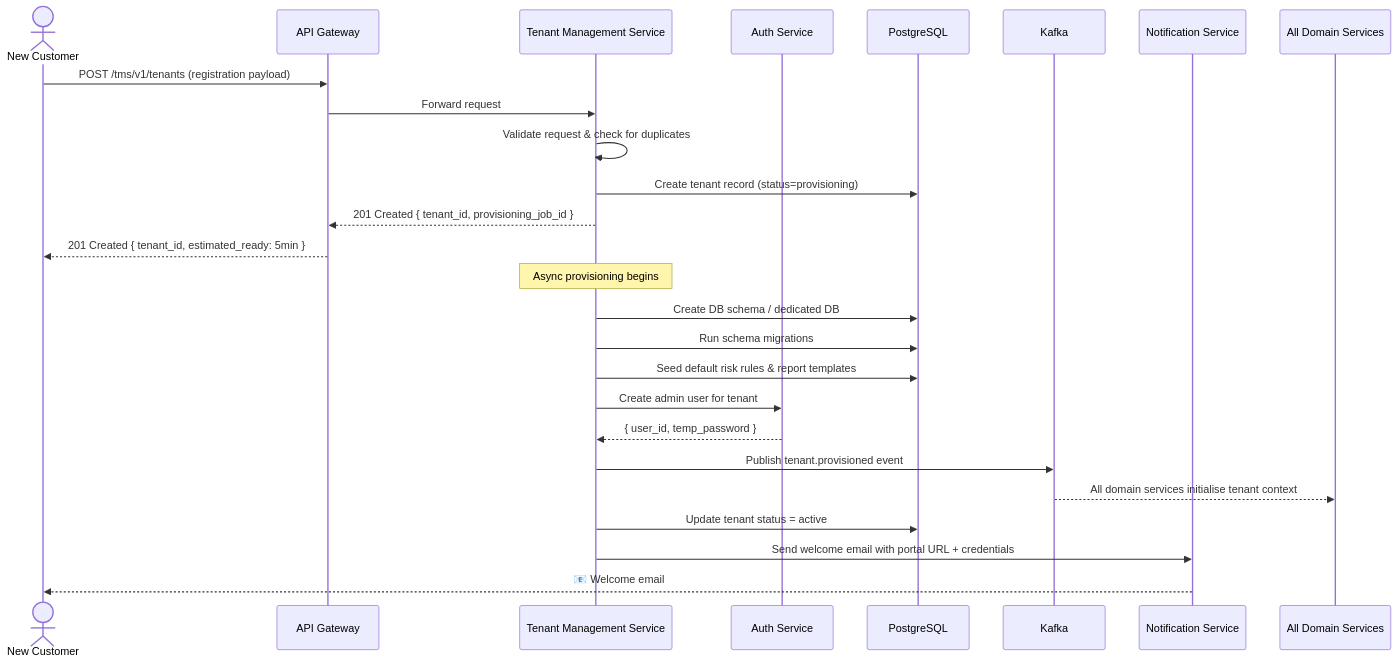
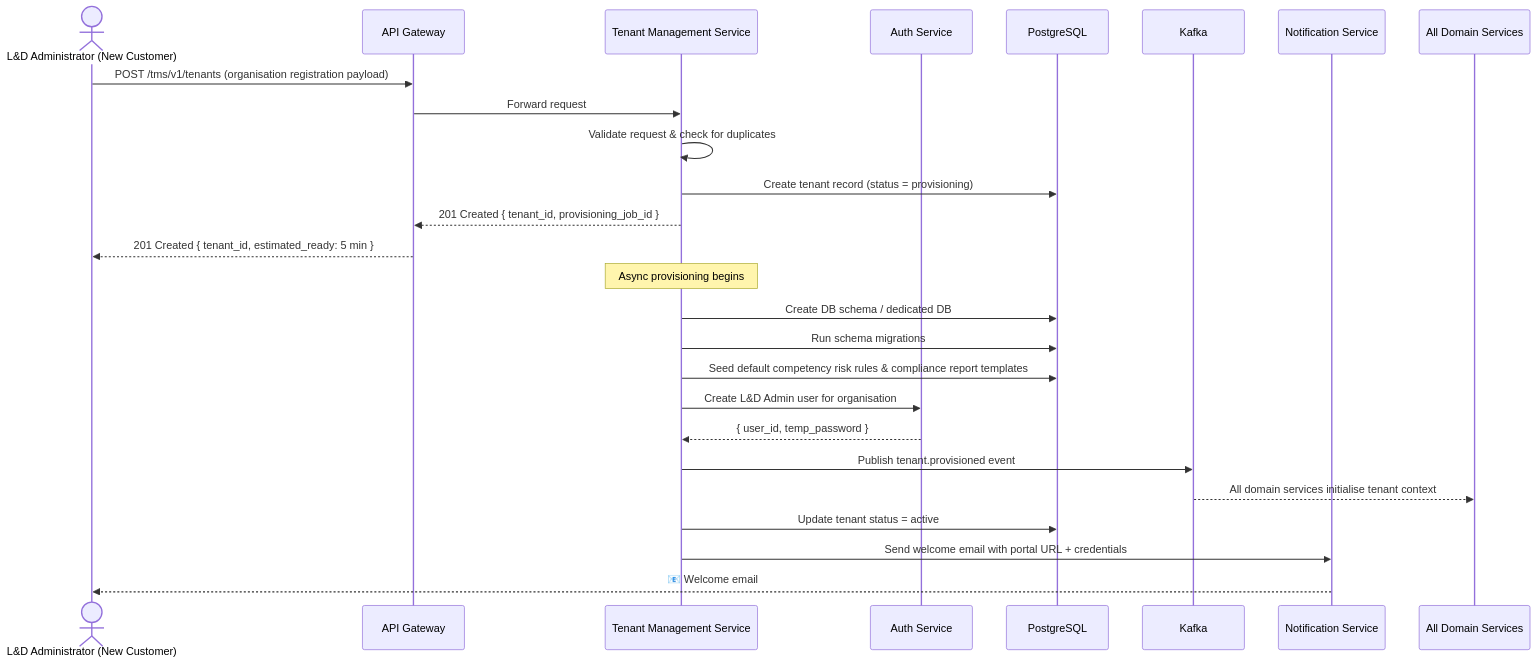
Before and after one commit to taarak18/propeller: the first of 9 diagrams in L-D/.sasva/overview/03-technical-flows.md, drawn with Mermaid. The commit also changed other lines of this file and 6 other files, not shown here.

````diff
--- a/L-D/.sasva/overview/03-technical-flows.md
+++ b/L-D/.sasva/overview/03-technical-flows.md
@@ -7,30 +7,30 @@
 ```mermaid
 sequenceDiagram
-    actor Admin as New Customer
+    actor Admin as L&D Administrator (New Customer)
     participant GW as API Gateway
     participant TMS as Tenant Management Service
     participant AUTH as Auth Service
     participant DB as PostgreSQL
     participant KAFKA as Kafka
     participant NOTIF as Notification Service
     participant ALL as All Domain Services
 
-    Admin->>GW: POST /tms/v1/tenants (registration payload)
+    Admin->>GW: POST /tms/v1/tenants (organisation registration payload)
     GW->>TMS: Forward request
     TMS->>TMS: Validate request & check for duplicates
-    TMS->>DB: Create tenant record (status=provisioning)
+    TMS->>DB: Create tenant record (status = provisioning)
     TMS-->>GW: 201 Created { tenant_id, provisioning_job_id }
-    GW-->>Admin: 201 Created { tenant_id, estimated_ready: 5min }
+    GW-->>Admin: 201 Created { tenant_id, estimated_ready: 5 min }
 
     Note over TMS: Async provisioning begins
     TMS->>DB: Create DB schema / dedicated DB
     TMS->>DB: Run schema migrations
-    TMS->>DB: Seed default risk rules & report templates
-    TMS->>AUTH: Create admin user for tenant
+    TMS->>DB: Seed default competency risk rules & compliance report templates
+    TMS->>AUTH: Create L&D Admin user for organisation
     AUTH-->>TMS: { user_id, temp_password }
     TMS->>KAFKA: Publish tenant.provisioned event
     KAFKA-->>ALL: All domain services initialise tenant context
     TMS->>DB: Update tenant status = active
     TMS->>NOTIF: Send welcome email with portal URL + credentials
     NOTIF-->>Admin: 📧 Welcome email
 ```
````
